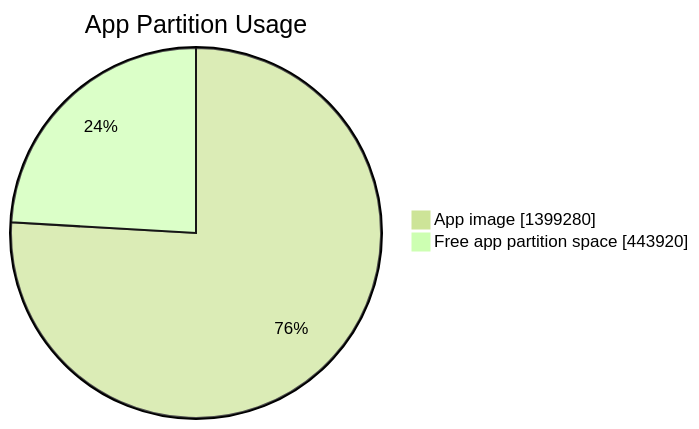
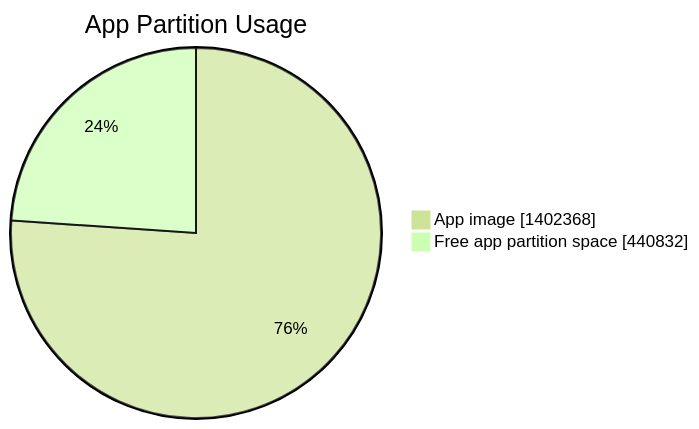
Before and after one commit to marcelpetrick/esp32-fever-dream: the first of 2 diagrams in documents/firmware_breakdown.md, drawn with Mermaid (forest theme). The commit also changed other lines of this file and 19 other files, not shown here.

````diff
--- a/documents/firmware_breakdown.md
+++ b/documents/firmware_breakdown.md
@@ -17,6 +17,6 @@
 ```mermaid
 pie showData
     title App Partition Usage
-    "App image" : 1399280
-    "Free app partition space" : 443920
+    "App image" : 1402368
+    "Free app partition space" : 440832
 ```
````
